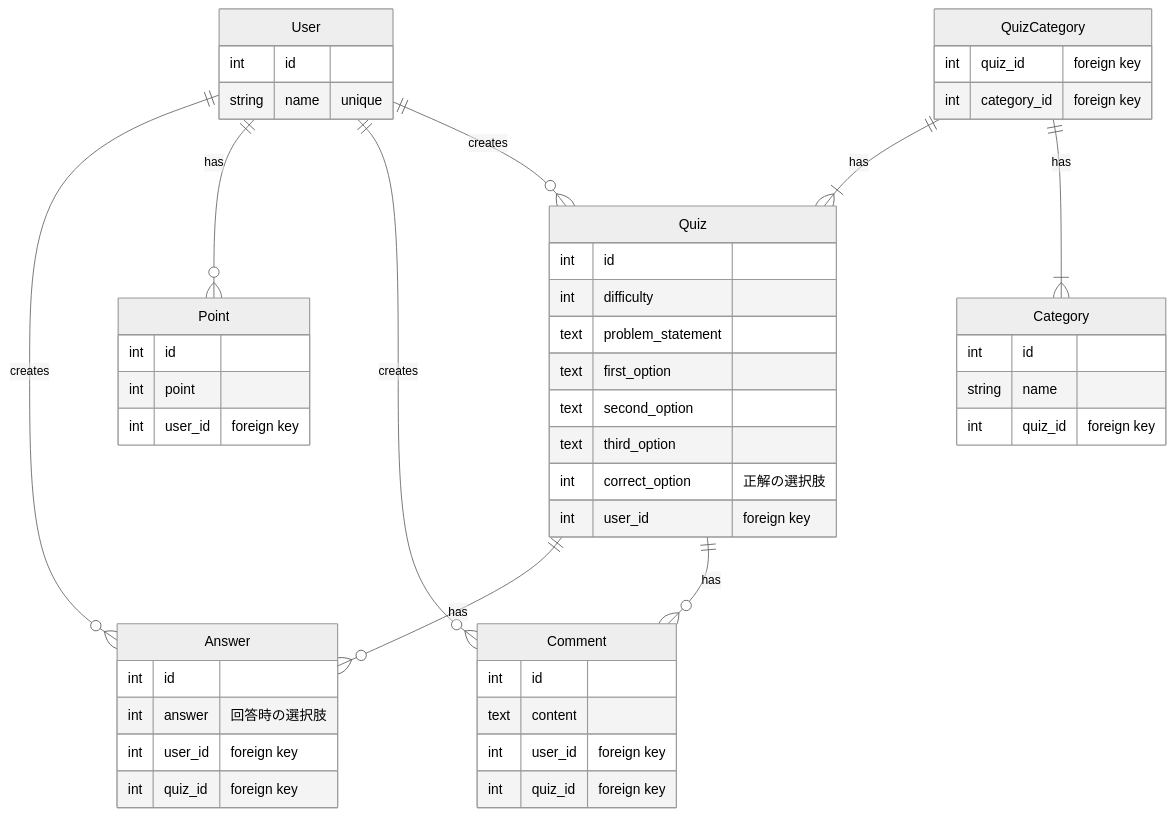
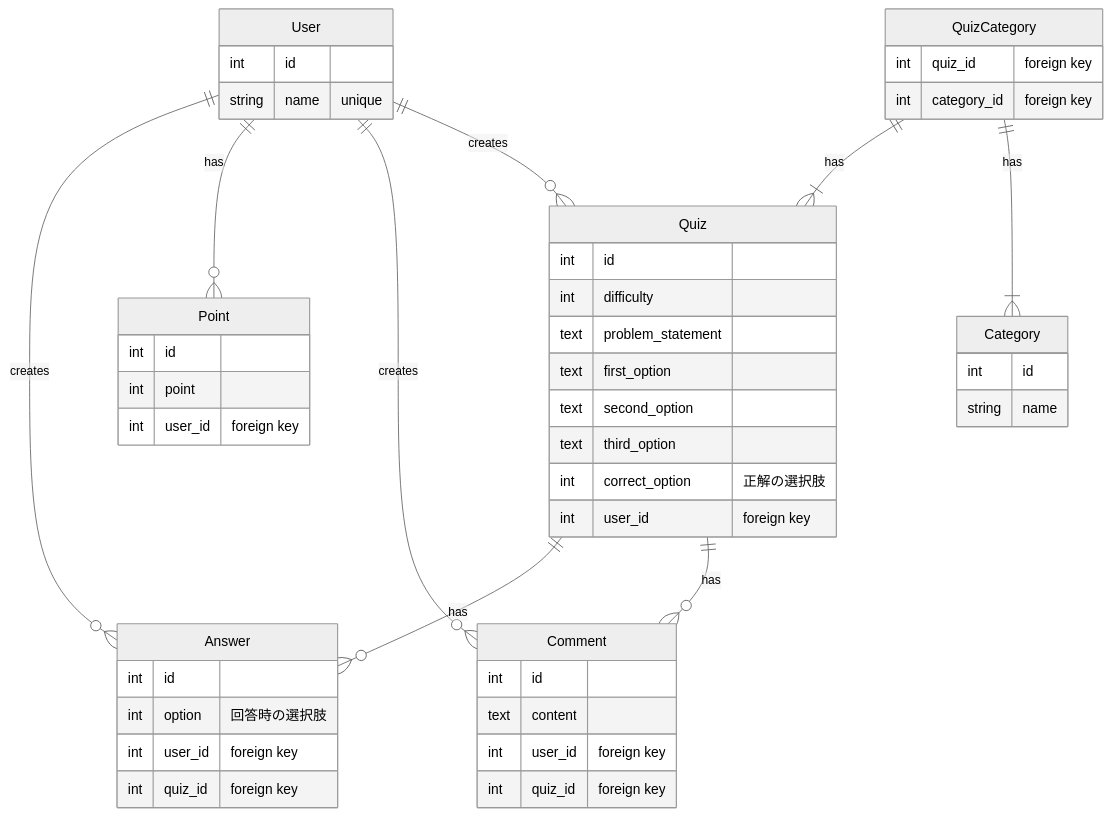
One commit to peterdo415/original_product changed the diagram in Documents/table.md. Above: the diagram before and after it, drawn with Mermaid (neutral theme). The commit also changed 10 other files, not shown here.

````diff
--- a/Documents/table.md
+++ b/Documents/table.md
@@ -1,61 +1,60 @@
 ```mermaid
 erDiagram
   User ||--o{ Answer : creates
   User ||--o{ Point : has
   User ||--o{ Comment : creates
   User ||--o{ Quiz : creates
 
   Quiz ||--o{ Answer : has
   Quiz ||--o{ Comment : has
 
   QuizCategory ||--|{ Quiz :has
   QuizCategory ||--|{ Category : has
 
   User {
     int id
     string name "unique"
   }
 
   Quiz {
     int id
     int difficulty
     text problem_statement
     text first_option
     text second_option
     text third_option
     int correct_option "正解の選択肢"
     int user_id "foreign key"
   }
 
   Answer {
     int id
-    int answer "回答時の選択肢"
+    int option "回答時の選択肢"
     int user_id "foreign key"
     int quiz_id "foreign key"
   }
 
   Point {
     int id
     int point
     int user_id "foreign key"
   }
 
   Comment {
     int id
     text content
     int user_id "foreign key"
     int quiz_id "foreign key"
   }
 
   Category {
     int id
     string name
-    int quiz_id "foreign key"
   }
 
   QuizCategory {
     int quiz_id "foreign key"
     int category_id "foreign key"
 
   }
 ```
````
